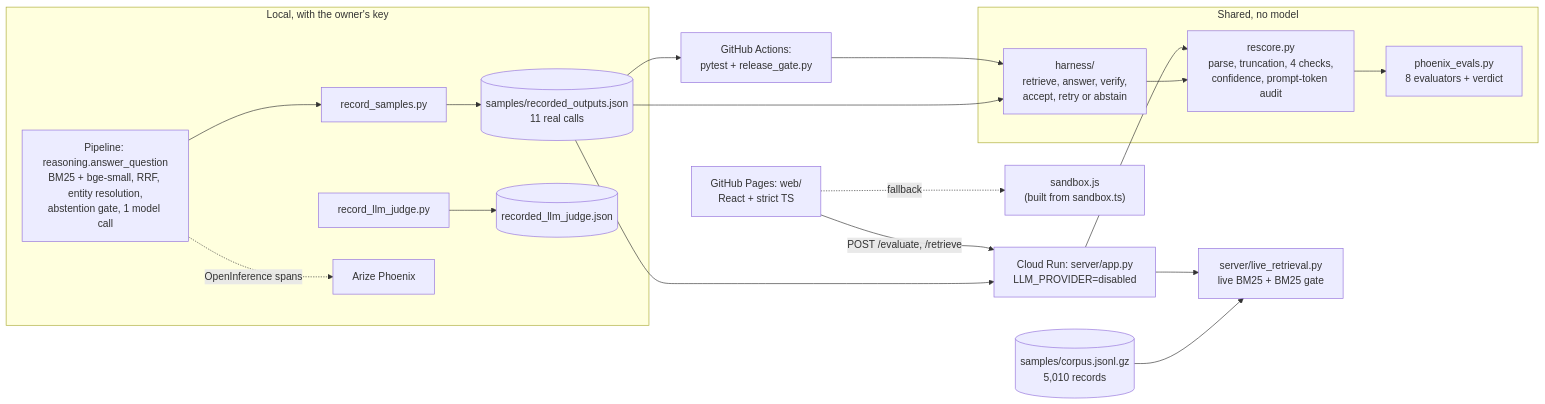
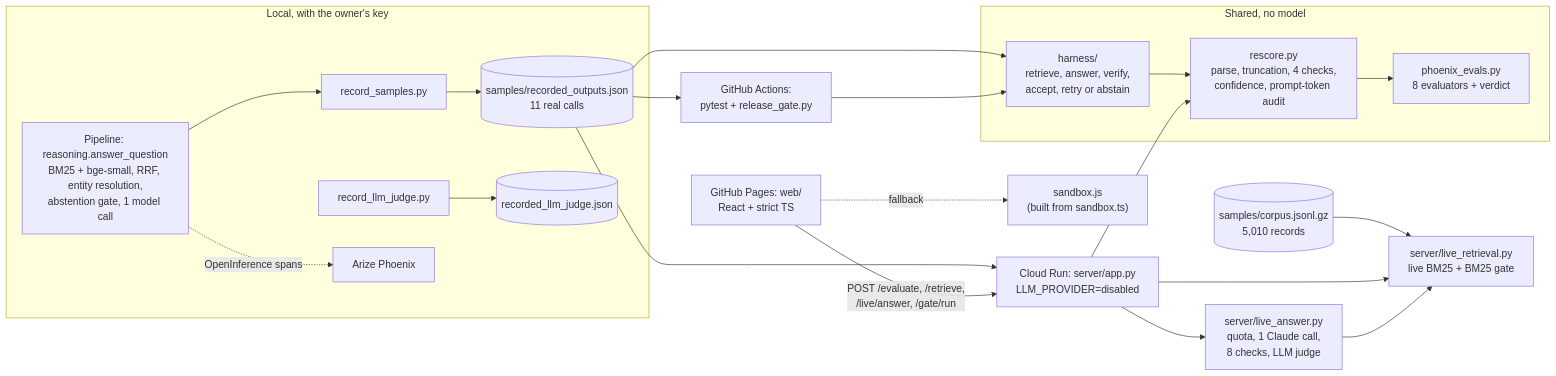
The diagram in docs/DESIGN.md (gargi-09/phoenix-museum-qa-evals), drawn with Mermaid before and after one commit. The commit also changed other lines of this file and 1 other file, not shown here.

First line of the commit message:
Docs: live answers, the release-gate button and the recorded replay

````diff
--- a/docs/DESIGN.md
+++ b/docs/DESIGN.md
@@ -11,26 +11,28 @@
 ```mermaid
 flowchart LR
   subgraph local["Local, with the owner's key"]
     P["Pipeline: reasoning.answer_question<br/>BM25 + bge-small, RRF, entity resolution,<br/>abstention gate, 1 model call"]
     RS["record_samples.py"] --> REC[("samples/recorded_outputs.json<br/>11 real calls")]
     RJ["record_llm_judge.py"] --> JREC[("recorded_llm_judge.json")]
     P --> RS
     P -. "OpenInference spans" .-> PX["Arize Phoenix"]
   end
   subgraph core["Shared, no model"]
     RES["rescore.py<br/>parse, truncation, 4 checks,<br/>confidence, prompt-token audit"]
     EV["phoenix_evals.py<br/>8 evaluators + verdict"]
     H["harness/<br/>retrieve, answer, verify,<br/>accept, retry or abstain"]
     RES --> EV
     H --> RES
   end
   REC --> H
   REC --> API["Cloud Run: server/app.py<br/>LLM_PROVIDER=disabled"]
   API --> RES
   REC --> CI["GitHub Actions:<br/>pytest + release_gate.py"]
   CI --> H
   CORPUS[("samples/corpus.jsonl.gz<br/>5,010 records")] --> BM["server/live_retrieval.py<br/>live BM25 + BM25 gate"]
   API --> BM
-  PAGES["GitHub Pages: web/<br/>React + strict TS"] -- "POST /evaluate, /retrieve" --> API
+  PAGES["GitHub Pages: web/<br/>React + strict TS"] -- "POST /evaluate, /retrieve,<br/>/live/answer, /gate/run" --> API
+  API --> LA["server/live_answer.py<br/>quota, 1 Claude call,<br/>8 checks, LLM judge"]
+  LA --> BM
   PAGES -. "fallback" .-> TS["sandbox.js<br/>(built from sandbox.ts)"]
 ```
````
